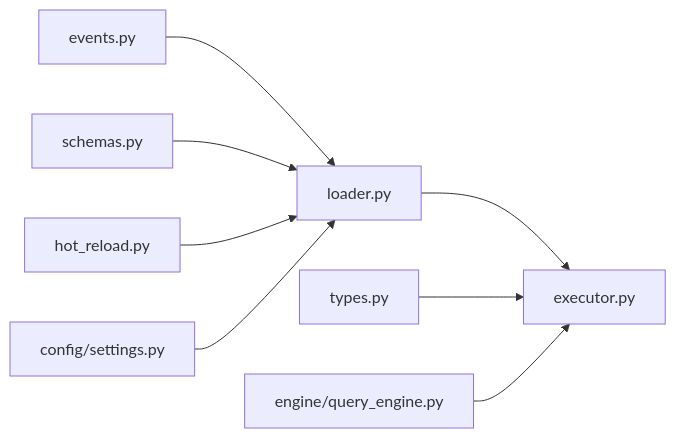
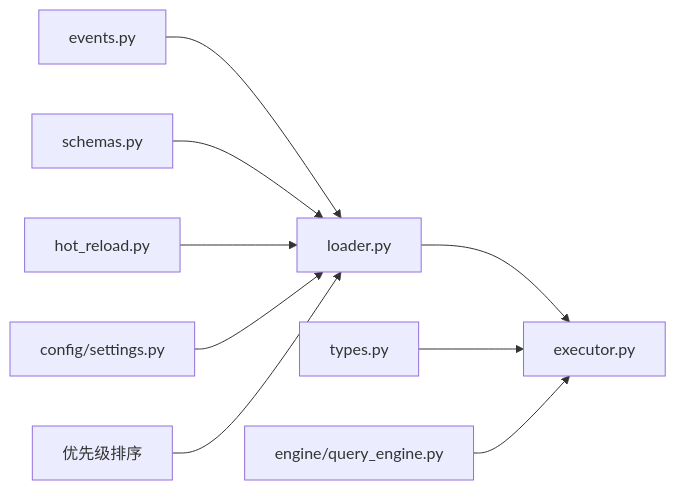
The fifth of 5 diagrams in .qoder/repowiki/zh/content/插件生态系统/插件类型详解/钩子插件.md (haolange/OpenHarness), drawn with Mermaid before and after one commit. The commit also changed other lines of this file and 5 other files, not shown here.

````diff
--- a/.qoder/repowiki/zh/content/插件生态系统/插件类型详解/钩子插件.md
+++ b/.qoder/repowiki/zh/content/插件生态系统/插件类型详解/钩子插件.md
@@ -354,10 +406,11 @@
 ```mermaid
 graph LR
 Events["events.py"] --> Loader["loader.py"]
 Schemas["schemas.py"] --> Loader
 Loader --> Executor["executor.py"]
 Types["types.py"] --> Executor
 Hot["hot_reload.py"] --> Loader
 Settings["config/settings.py"] --> Loader
 Engine["engine/query_engine.py"] --> Executor
+Priority["优先级排序"] --> Loader
 ```
````
